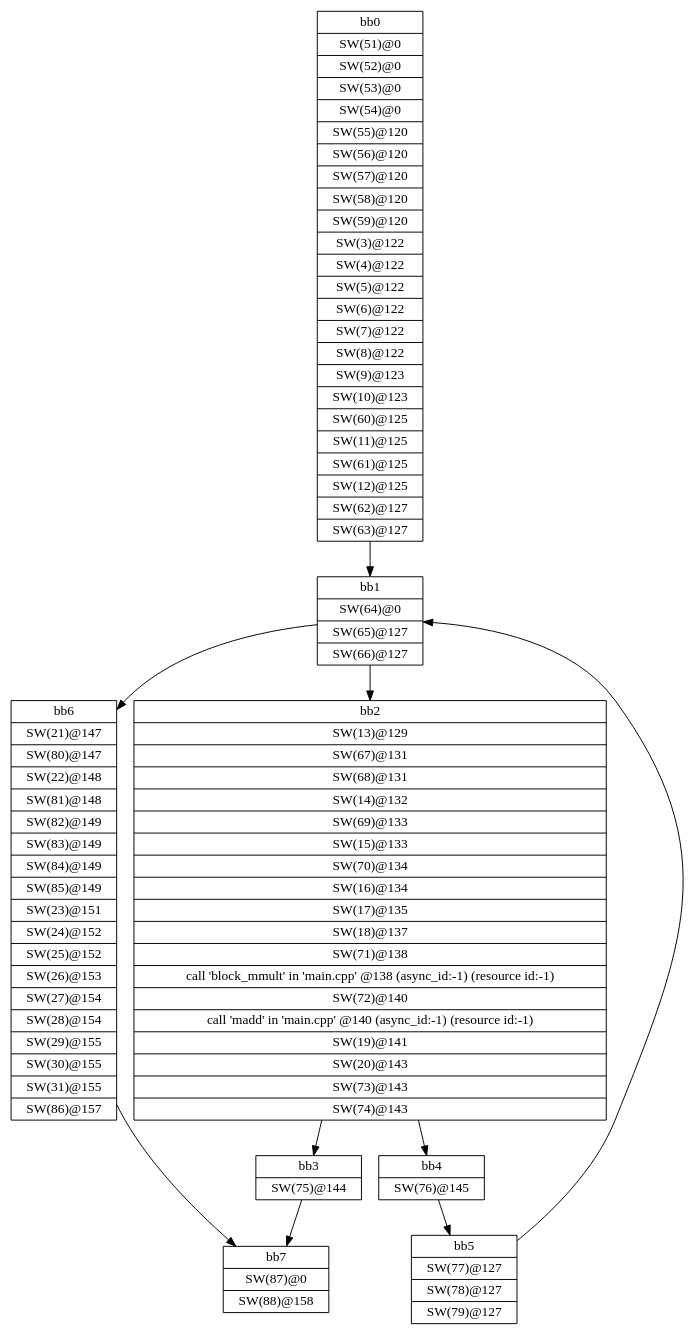
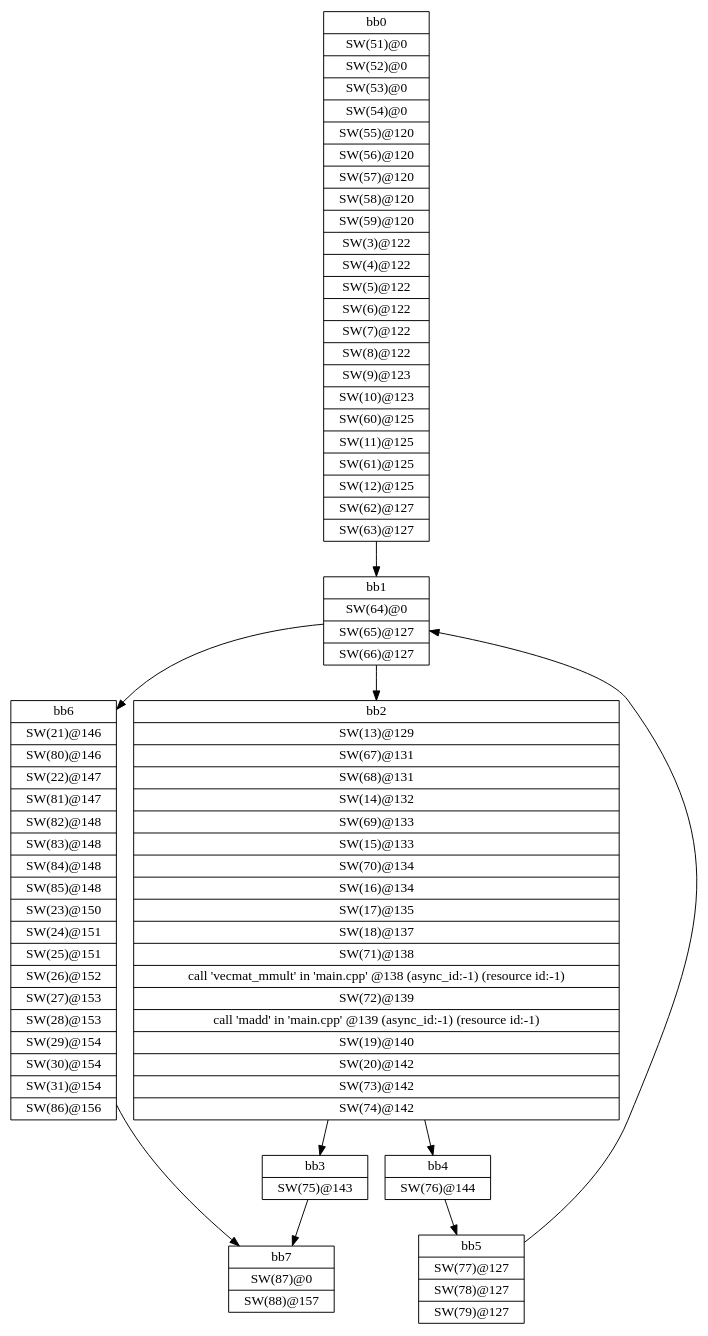
Before and after one commit to goceee/advanced_fpga_and_dsp: the diagram in lab_2/Release/_sds/.llvm/_px_cdfg_init_mmult_test.dot, drawn with Graphviz. The commit also changed 377 other files, not shown here.

```diff
--- a/lab_2/Release/_sds/.llvm/_px_cdfg_init_mmult_test.dot
+++ b/lab_2/Release/_sds/.llvm/_px_cdfg_init_mmult_test.dot
@@ -1,20 +1,20 @@
 digraph CDFG {
 node [shape=record];
-bb0 [shape=record, label = "{bb0|<x000001AF8A42DF60>SW(51)@0\n|<x000001AF8A42DD80>SW(52)@0\n|<x000001AF8A42DE20>SW(53)@0\n|<x000001AF8A42E000>SW(54)@0\n|<x000001AF8A42E0A0>SW(55)@120\n|<x000001AF8AC4C320>SW(56)@120\n|<x000001AF8AC4BD80>SW(57)@120\n|<x000001AF8AC4C640>SW(58)@120\n|<x000001AF8AC4C780>SW(59)@120\n|<x000001AF8A028960>SW(3)@122\n|<x000001AF8A028320>SW(4)@122\n|<x000001AF8A0276A0>SW(5)@122\n|<x000001AF8A028FA0>SW(6)@122\n|<x000001AF8A028BE0>SW(7)@122\n|<x000001AF8A027920>SW(8)@122\n|<x000001AF8A027CE0>SW(9)@123\n|<x000001AF8A42D9C0>SW(10)@123\n|<x000001AF8AC4B560>SW(60)@125\n|<x000001AF8A42D240>SW(11)@125\n|<x000001AF8AC4C140>SW(61)@125\n|<x000001AF8A42EAA0>SW(12)@125\n|<x000001AF8AC4BE20>SW(62)@127\n|<x000001AF8AC4B1A0>SW(63)@127\n}"];
-bb1 [shape=record, label = "{bb1|<x000001AF8AC4B6A0>SW(64)@0\n|<x000001AF8AC4AF20>SW(65)@127\n|<x000001AF8AC4B740>SW(66)@127\n}"];
-bb2 [shape=record, label = "{bb2|<x000001AF8A42CE80>SW(13)@129\n|<x000001AF8AC4C460>SW(67)@131\n|<x000001AF8AC4ACA0>SW(68)@131\n|<x000001AF8A42E6E0>SW(14)@132\n|<x000001AF8AC4B420>SW(69)@133\n|<x000001AF8A42DA60>SW(15)@133\n|<x000001AF8AC4B100>SW(70)@134\n|<x000001AF8A42D6A0>SW(16)@134\n|<x000001AF8A42D7E0>SW(17)@135\n|<x000001AF8A42CDE0>SW(18)@137\n|<x000001AF8AC4B240>SW(71)@138\n|<x000001AF8A059090>call 'block_mmult' in 'main.cpp' @138 (async_id:-1) (resource id:-1)\n|<x000001AF8AC4AC00>SW(72)@140\n|<x000001AF8A059170>call 'madd' in 'main.cpp' @140 (async_id:-1) (resource id:-1)\n|<x000001AF8A42E780>SW(19)@141\n|<x000001AF8A42E8C0>SW(20)@143\n|<x000001AF8AC4B600>SW(73)@143\n|<x000001AF8AC4B2E0>SW(74)@143\n}"];
-bb3 [shape=record, label = "{bb3|<x000001AF8AC4B4C0>SW(75)@144\n}"];
-bb4 [shape=record, label = "{bb4|<x000001AF8AC4C280>SW(76)@145\n}"];
-bb5 [shape=record, label = "{bb5|<x000001AF8AC4C8C0>SW(77)@127\n|<x000001AF8AC4BF60>SW(78)@127\n|<x000001AF8AC4BEC0>SW(79)@127\n}"];
-bb6 [shape=record, label = "{bb6|<x000001AF8A42D740>SW(21)@147\n|<x000001AF8AC4B9C0>SW(80)@147\n|<x000001AF8A42E820>SW(22)@148\n|<x000001AF8AC4AD40>SW(81)@148\n|<x000001AF8AC4C000>SW(82)@149\n|<x000001AF8AC4B7E0>SW(83)@149\n|<x000001AF8AC4B880>SW(84)@149\n|<x000001AF8AC4C0A0>SW(85)@149\n|<x000001AF8A42E320>SW(23)@151\n|<x000001AF8A42DC40>SW(24)@152\n|<x000001AF8A42E640>SW(25)@152\n|<x000001AF8A42E960>SW(26)@153\n|<x000001AF8A42E500>SW(27)@154\n|<x000001AF8A42CF20>SW(28)@154\n|<x000001AF8A42E3C0>SW(29)@155\n|<x000001AF8A42D560>SW(30)@155\n|<x000001AF8A42EB40>SW(31)@155\n|<x000001AF8AC4C1E0>SW(86)@157\n}"];
-bb7 [shape=record, label = "{bb7|<x000001AF8AC4C3C0>SW(87)@0\n|<x000001AF8AC4C500>SW(88)@158\n}"];
+bb0 [shape=record, label = "{bb0|<x000001EC21FDD790>SW(51)@0\n|<x000001EC21FDD8D0>SW(52)@0\n|<x000001EC21FDDA10>SW(53)@0\n|<x000001EC21FDDAB0>SW(54)@0\n|<x000001EC21FDDB50>SW(55)@120\n|<x000001EC21FDDE70>SW(56)@120\n|<x000001EC21FDC250>SW(57)@120\n|<x000001EC228115A0>SW(58)@120\n|<x000001EC22812680>SW(59)@120\n|<x000001EC21B1ED70>SW(3)@122\n|<x000001EC21B202B0>SW(4)@122\n|<x000001EC21B1E7D0>SW(5)@122\n|<x000001EC21B1EE10>SW(6)@122\n|<x000001EC21B1E870>SW(7)@122\n|<x000001EC21B1EF50>SW(8)@122\n|<x000001EC21B1F270>SW(9)@123\n|<x000001EC21ABE210>SW(10)@123\n|<x000001EC228124A0>SW(60)@125\n|<x000001EC21B1F3B0>SW(11)@125\n|<x000001EC22812900>SW(61)@125\n|<x000001EC21FDC390>SW(12)@125\n|<x000001EC228111E0>SW(62)@127\n|<x000001EC22810F60>SW(63)@127\n}"];
+bb1 [shape=record, label = "{bb1|<x000001EC22811640>SW(64)@0\n|<x000001EC22811820>SW(65)@127\n|<x000001EC22812360>SW(66)@127\n}"];
+bb2 [shape=record, label = "{bb2|<x000001EC21FDD330>SW(13)@129\n|<x000001EC22812400>SW(67)@131\n|<x000001EC22811280>SW(68)@131\n|<x000001EC21FDC430>SW(14)@132\n|<x000001EC22812220>SW(69)@133\n|<x000001EC21FDD6F0>SW(15)@133\n|<x000001EC228122C0>SW(70)@134\n|<x000001EC21FDC4D0>SW(16)@134\n|<x000001EC21FDD0B0>SW(17)@135\n|<x000001EC21FDC570>SW(18)@137\n|<x000001EC22811320>SW(71)@138\n|<x000001EC21B57A80>call 'vecmat_mmult' in 'main.cpp' @138 (async_id:-1) (resource id:-1)\n|<x000001EC22812040>SW(72)@139\n|<x000001EC21B57460>call 'madd' in 'main.cpp' @139 (async_id:-1) (resource id:-1)\n|<x000001EC21FDC6B0>SW(19)@140\n|<x000001EC21FDCC50>SW(20)@142\n|<x000001EC22810E20>SW(73)@142\n|<x000001EC22812860>SW(74)@142\n}"];
+bb3 [shape=record, label = "{bb3|<x000001EC22812720>SW(75)@143\n}"];
+bb4 [shape=record, label = "{bb4|<x000001EC228127C0>SW(76)@144\n}"];
+bb5 [shape=record, label = "{bb5|<x000001EC22810CE0>SW(77)@127\n|<x000001EC22811DC0>SW(78)@127\n|<x000001EC228118C0>SW(79)@127\n}"];
+bb6 [shape=record, label = "{bb6|<x000001EC21FDCB10>SW(21)@146\n|<x000001EC228129A0>SW(80)@146\n|<x000001EC21FDD970>SW(22)@147\n|<x000001EC22811E60>SW(81)@147\n|<x000001EC228113C0>SW(82)@148\n|<x000001EC22810D80>SW(83)@148\n|<x000001EC22810BA0>SW(84)@148\n|<x000001EC22810B00>SW(85)@148\n|<x000001EC21FDD150>SW(23)@150\n|<x000001EC21FDC610>SW(24)@151\n|<x000001EC21FDC930>SW(25)@151\n|<x000001EC21FDC2F0>SW(26)@152\n|<x000001EC21FDD510>SW(27)@153\n|<x000001EC21FDDDD0>SW(28)@153\n|<x000001EC21FDCE30>SW(29)@154\n|<x000001EC21FDDBF0>SW(30)@154\n|<x000001EC21FDD010>SW(31)@154\n|<x000001EC228120E0>SW(86)@156\n}"];
+bb7 [shape=record, label = "{bb7|<x000001EC22811460>SW(87)@0\n|<x000001EC22810C40>SW(88)@157\n}"];
 bb0 -> bb1
 bb1 -> bb2
 bb1 -> bb6
 bb2 -> bb3
 bb2 -> bb4
 bb3 -> bb7
 bb4 -> bb5
 bb5 -> bb1
 bb6 -> bb7
 }
```
